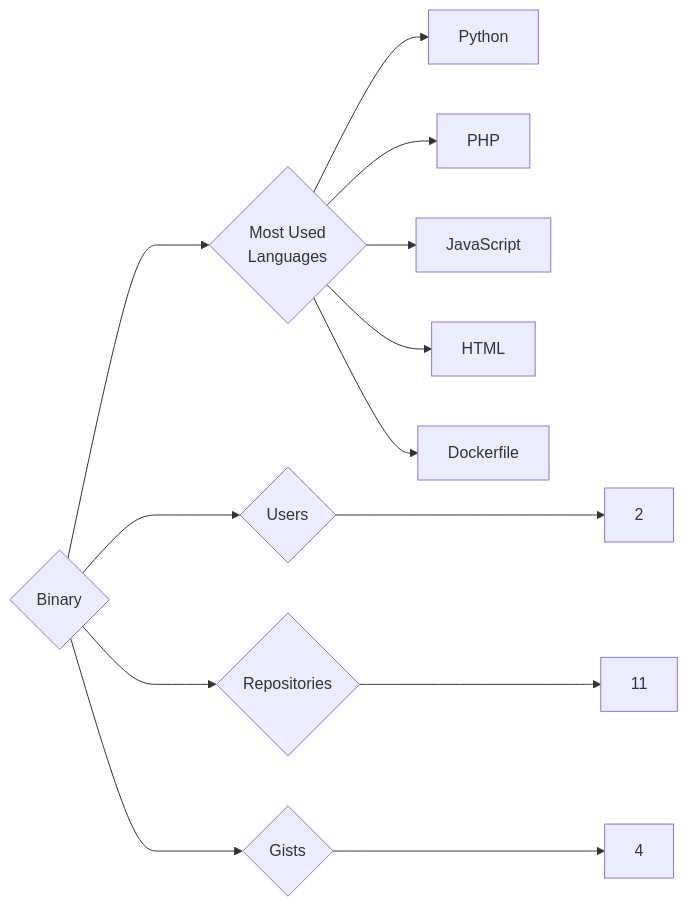
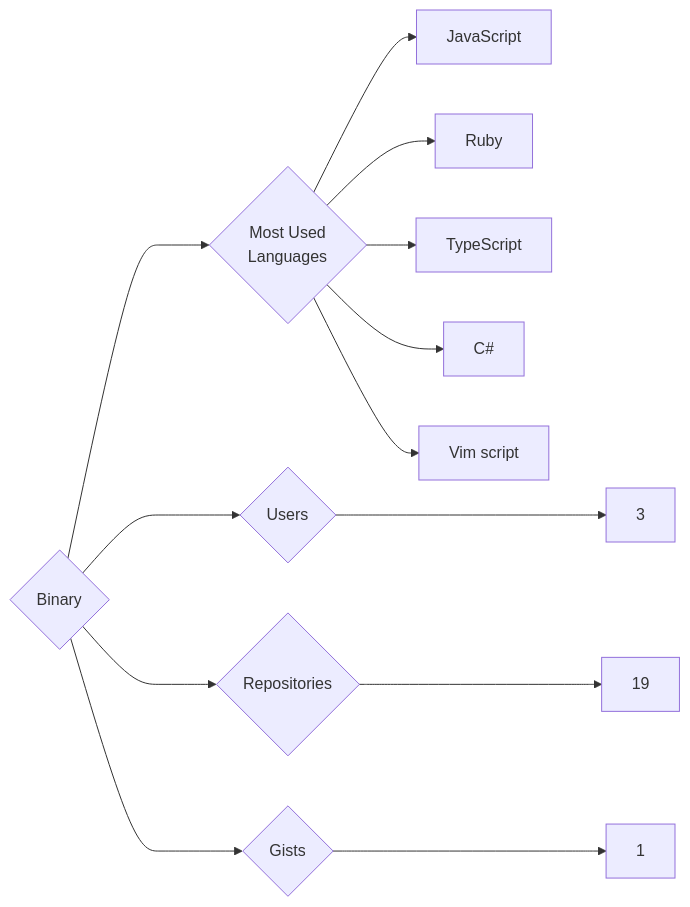
The diagram in targets/Binary/README.md (trickest/insiders), drawn with Mermaid before and after one commit. The commit also changed 823 other files, not shown here.

````diff
--- a/targets/Binary/README.md
+++ b/targets/Binary/README.md
@@ -3,13 +3,13 @@
 ```mermaid
 graph LR
 COMPANY_NAME{Binary}
-COMPANY_NAME ---> U{Users} ---> UN[2]
-COMPANY_NAME ---> R{Repositories} ---> RN[11]
-COMPANY_NAME ---> G{Gists} ---> GN[4]
+COMPANY_NAME ---> U{Users} ---> UN[3]
+COMPANY_NAME ---> R{Repositories} ---> RN[19]
+COMPANY_NAME ---> G{Gists} ---> GN[1]
 COMPANY_NAME ---> ML{Most Used<br>Languages}
-ML --> Python[Python]
-ML --> PHP[PHP]
 ML --> JavaScript[JavaScript]
-ML --> HTML[HTML]
-ML --> Dockerfile[Dockerfile]
+ML --> Ruby[Ruby]
+ML --> TypeScript[TypeScript]
+ML --> C#[C#]
+ML --> Vim_script[Vim script]
 ```
````
